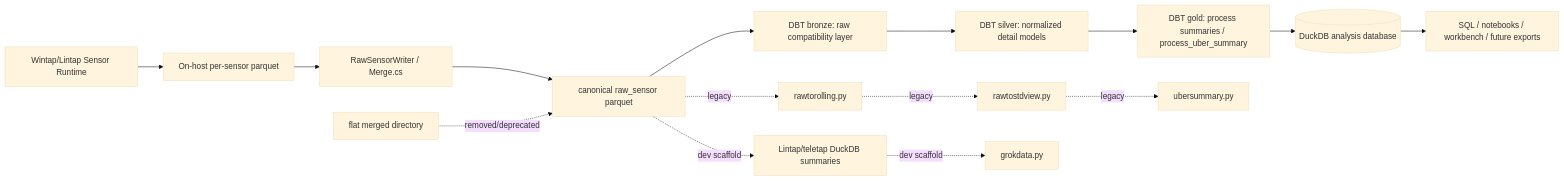
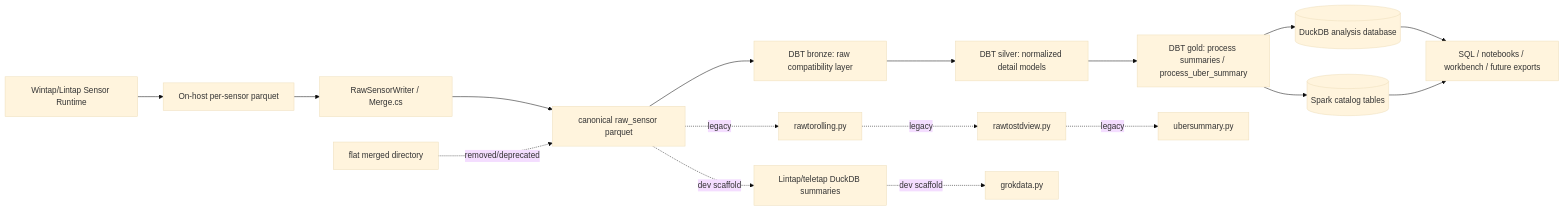
Before and after one commit to LLNL/Wintap-PyUtil: the diagram in review-notes/Architecture.md, drawn with Mermaid (base theme). The commit also changed other lines of this file and 36 other files, not shown here.

````diff
--- a/review-notes/Architecture.md
+++ b/review-notes/Architecture.md
@@ -109,21 +110,23 @@
 ```mermaid
 graph LR
     Sensor[Wintap/Lintap Sensor Runtime] --> HostParquet[On-host per-sensor parquet]
     HostParquet --> RawWriter[RawSensorWriter / Merge.cs]
     RawWriter --> RawSensor[canonical raw_sensor parquet]
 
     RawSensor --> DBTBronze[DBT bronze: raw compatibility layer]
     DBTBronze --> DBTSilver[DBT silver: normalized detail models]
     DBTSilver --> DBTGold[DBT gold: process summaries / process_uber_summary]
     DBTGold --> DuckDB[(DuckDB analysis database)]
+    DBTGold --> Spark[(Spark catalog tables)]
     DuckDB --> Analytics[SQL / notebooks / workbench / future exports]
+    Spark --> Analytics
 
     RawSensor -. legacy .-> RawToRolling[rawtorolling.py]
     RawToRolling -. legacy .-> RawToStd[rawtostdview.py]
     RawToStd -. legacy .-> UberLegacy[ubersummary.py]
 
     LegacyMerged[flat merged directory] -. removed/deprecated .-> RawSensor
 
     RawSensor -. dev scaffold .-> Teletap[Lintap/teletap DuckDB summaries]
     Teletap -. dev scaffold .-> Streamlit[grokdata.py]
 ```
````
